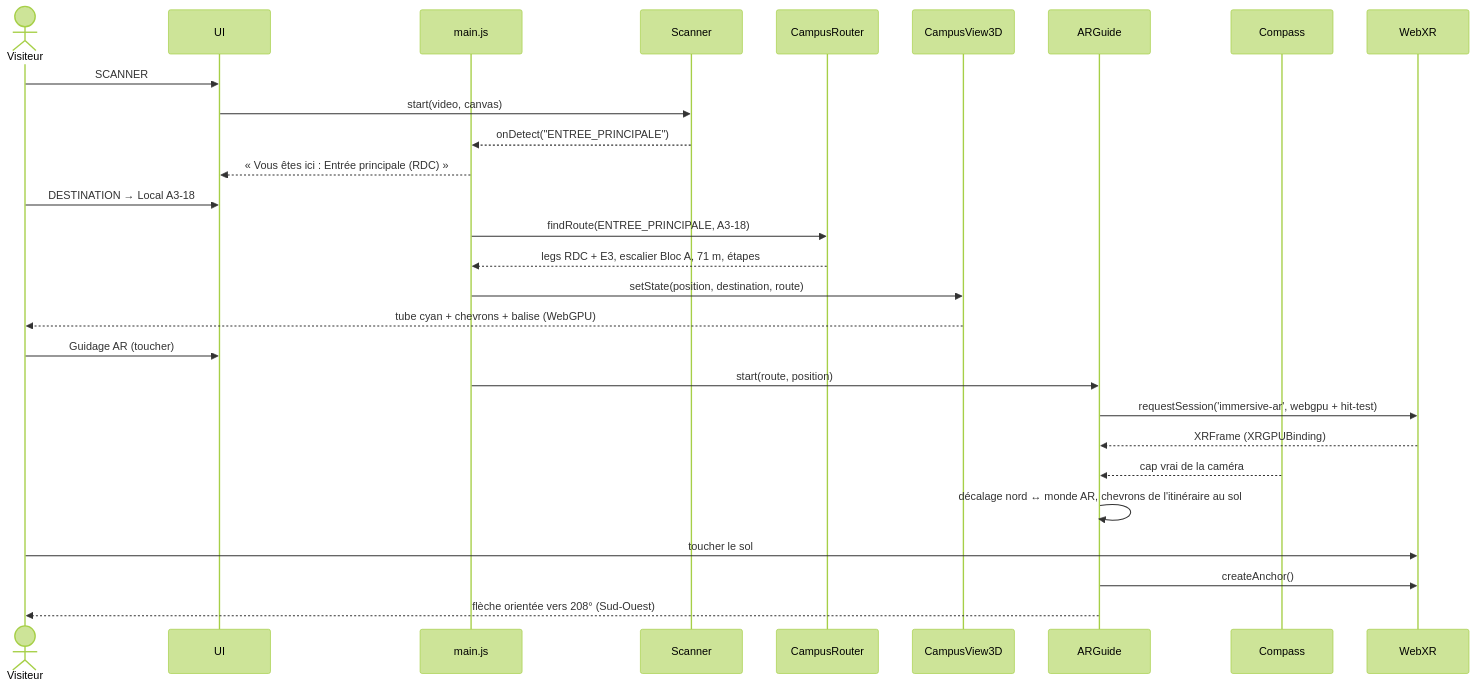
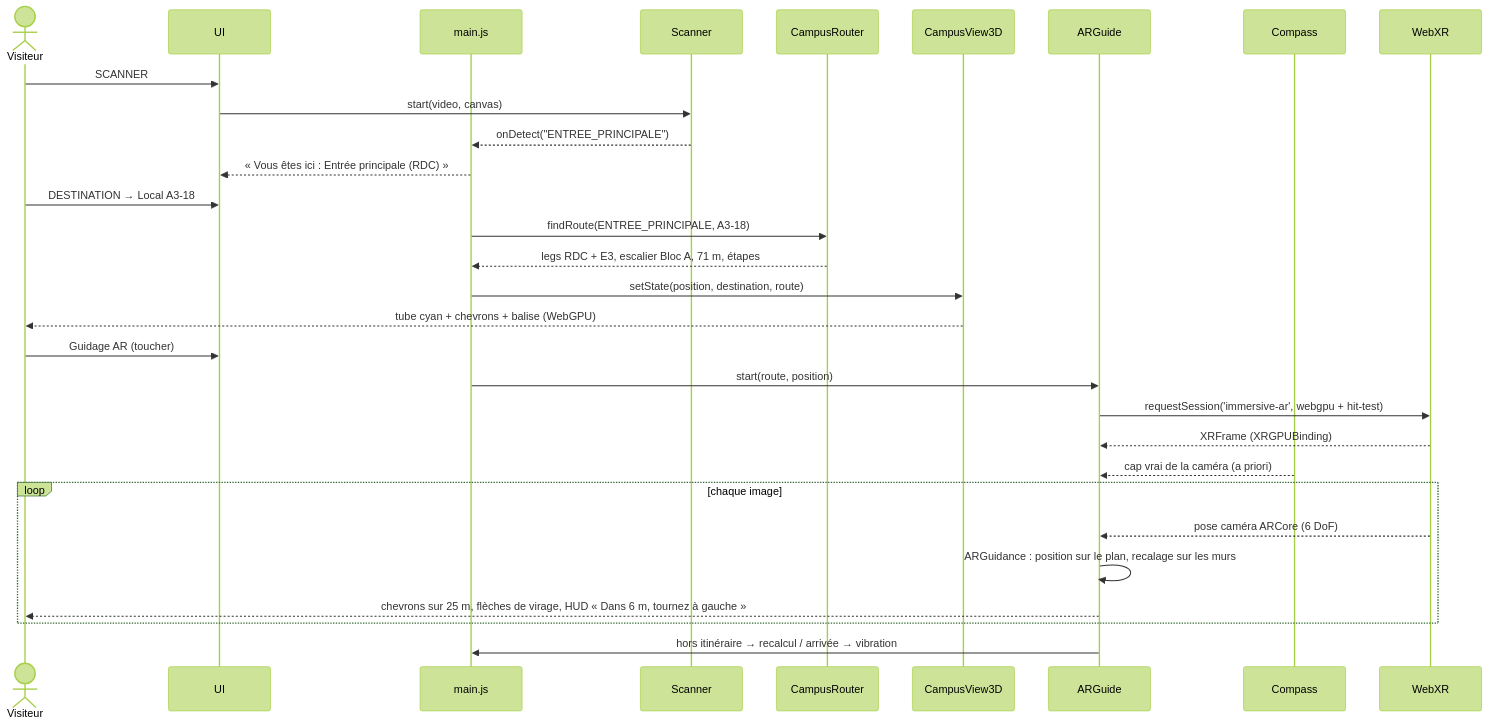
Before and after one commit to yessinomhiri-cpu/indoor-wayfinder: the third of 5 diagrams in docs/design-notebook.md, drawn with Mermaid (forest theme). The commit also changed other lines of this file and 12 other files, not shown here.

````diff
--- a/docs/design-notebook.md
+++ b/docs/design-notebook.md
@@ -93,31 +96,33 @@
 ```mermaid
 sequenceDiagram
     actor Visiteur
     participant UI
     participant Main as main.js
     participant Scanner
     participant Router as CampusRouter
     participant View as CampusView3D
     participant AR as ARGuide
     participant Compass
     participant WebXR
 
     Visiteur->>UI: SCANNER
     UI->>Scanner: start(video, canvas)
     Scanner-->>Main: onDetect("ENTREE_PRINCIPALE")
     Main-->>UI: « Vous êtes ici : Entrée principale (RDC) »
     Visiteur->>UI: DESTINATION → Local A3-18
     Main->>Router: findRoute(ENTREE_PRINCIPALE, A3-18)
     Router-->>Main: legs RDC + E3, escalier Bloc A, 71 m, étapes
     Main->>View: setState(position, destination, route)
     View-->>Visiteur: tube cyan + chevrons + balise (WebGPU)
     Visiteur->>UI: Guidage AR (toucher)
     Main->>AR: start(route, position)
     AR->>WebXR: requestSession('immersive-ar', webgpu + hit-test)
     WebXR-->>AR: XRFrame (XRGPUBinding)
-    Compass-->>AR: cap vrai de la caméra
-    AR->>AR: décalage nord ↔ monde AR, chevrons de l'itinéraire au sol
-    Visiteur->>WebXR: toucher le sol
-    AR->>WebXR: createAnchor()
-    AR-->>Visiteur: flèche orientée vers 208° (Sud-Ouest)
+    Compass-->>AR: cap vrai de la caméra (a priori)
+    loop chaque image
+        WebXR-->>AR: pose caméra ARCore (6 DoF)
+        AR->>AR: ARGuidance : position sur le plan, recalage sur les murs
+        AR-->>Visiteur: chevrons sur 25 m, flèches de virage, HUD « Dans 6 m, tournez à gauche »
+    end
+    AR->>Main: hors itinéraire → recalcul / arrivée → vibration
 ```
````
